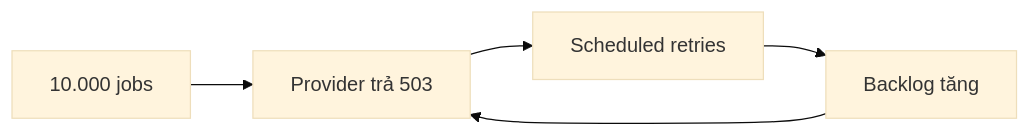
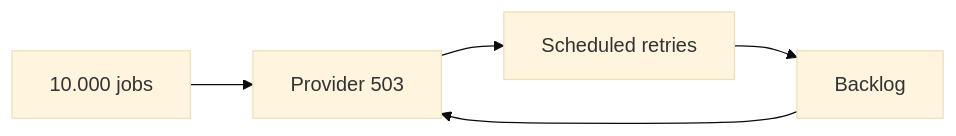
Before and after one commit to trungdev26/angular-internals: the tenth of 10 diagrams in src/assets/docs/dotnet-core/hangfire.md, drawn with Mermaid (base theme). The commit also changed other lines of this file, not shown here.

````diff
--- a/src/assets/docs/dotnet-core/hangfire.md
+++ b/src/assets/docs/dotnet-core/hangfire.md
@@ -1548,7 +662,7 @@
 ```mermaid
 flowchart LR
-    Jobs[10.000 jobs] --> Provider[Provider trả 503]
+    Jobs[10.000 jobs] --> Provider[Provider 503]
     Provider --> Retry[Scheduled retries]
-    Retry --> Queue[Backlog tăng]
+    Retry --> Queue[Backlog]
     Queue --> Provider
 ```
````
